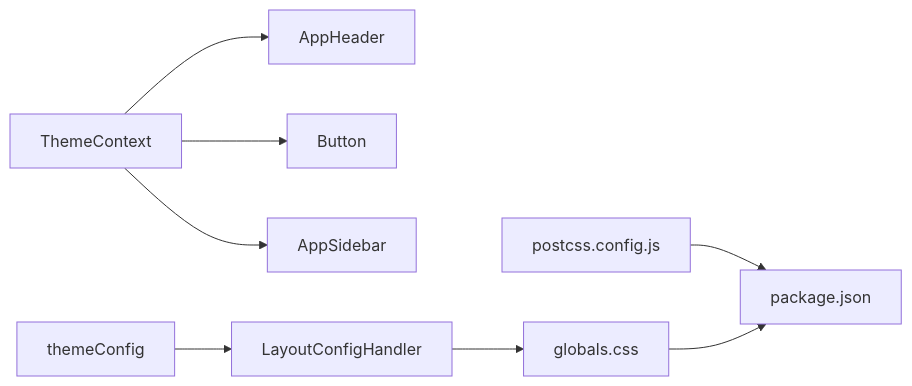
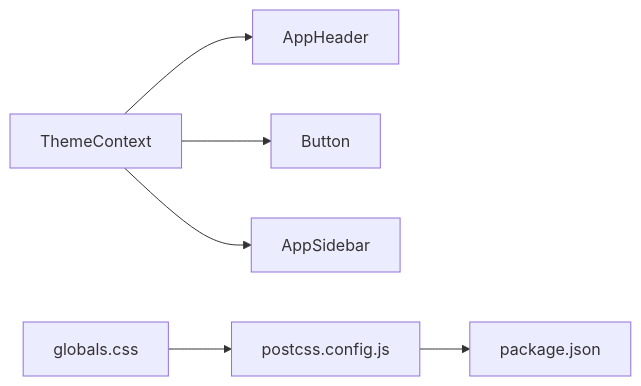
One commit to HAOFUYANG/nextjs-admin changed the fourth of 4 diagrams in .qoder/repowiki/zh/content/主题定制.md. Above: the diagram before and after it, drawn with Mermaid. The commit also changed other lines of this file and 15 other files, not shown here.

````diff
--- a/.qoder/repowiki/zh/content/主题定制.md
+++ b/.qoder/repowiki/zh/content/主题定制.md
@@ -236,10 +217,8 @@
 ```mermaid
 graph LR
 TC["ThemeContext"] --> AH["AppHeader"]
 TC --> BTN["Button"]
 TC --> SB["AppSidebar"]
-CFG["themeConfig"] --> LCH["LayoutConfigHandler"]
-LCH --> GCSS["globals.css"]
-PCFG["postcss.config.js"] --> PKG["package.json"]
-GCSS --> PKG
+GCSS["globals.css"] --> PCFG["postcss.config.js"]
+PCFG --> PKG["package.json"]
 ```
````
